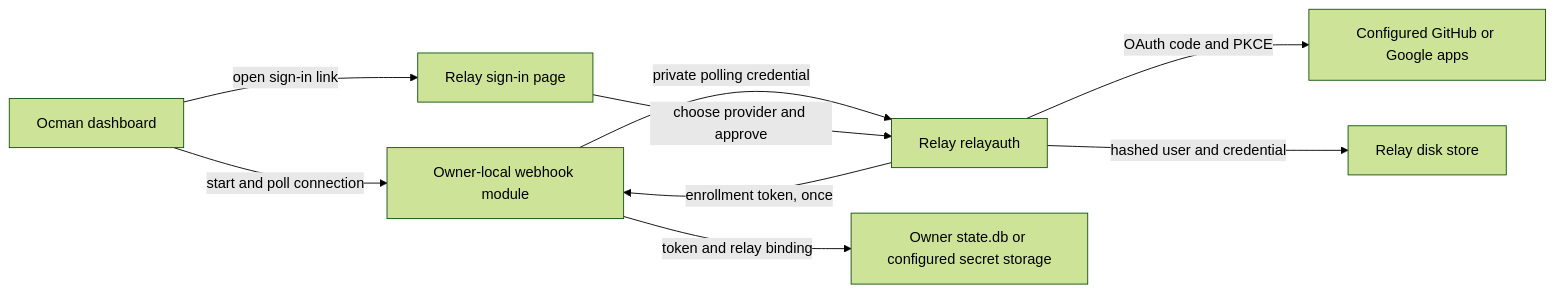
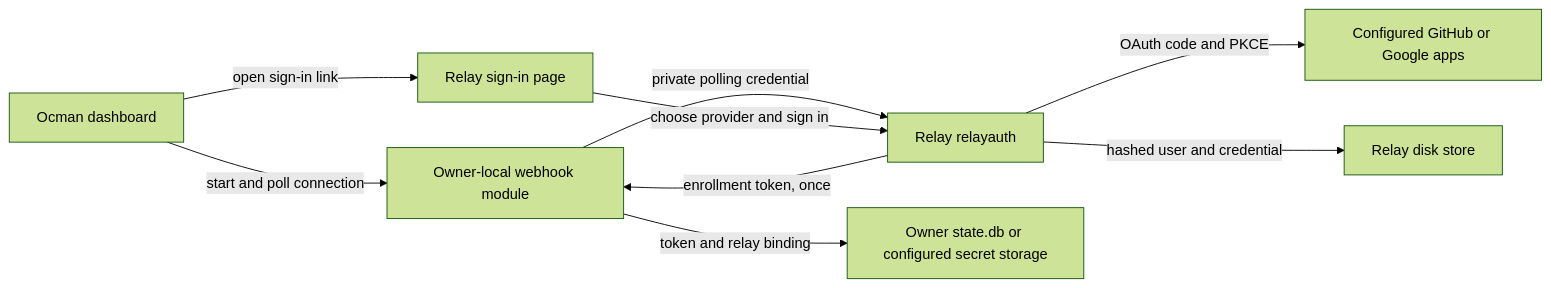
The fourth of 16 diagrams in docs/other/architecture.md (ocman/ocman), drawn with Mermaid (forest theme) before and after one commit. The commit also changed other lines of this file and 18 other files, not shown here.

Commit message:
fix(relay): style sign-in pages and simplify enrollment

````diff
--- a/docs/other/architecture.md
+++ b/docs/other/architecture.md
@@ -394,11 +394,11 @@
 ```mermaid
 flowchart LR
     Dashboard[Ocman dashboard] -->|start and poll connection| Owner[Owner-local webhook module]
     Owner -->|private polling credential| Relay[Relay relayauth]
     Dashboard -->|open sign-in link| Browser[Relay sign-in page]
-    Browser -->|choose provider and approve| Relay
+    Browser -->|choose provider and sign in| Relay
     Relay -->|OAuth code and PKCE| Identity[Configured GitHub or Google apps]
     Relay -->|hashed user and credential| Store[Relay disk store]
     Relay -->|enrollment token, once| Owner
     Owner -->|token and relay binding| State[Owner state.db or configured secret storage]
 ```
````
